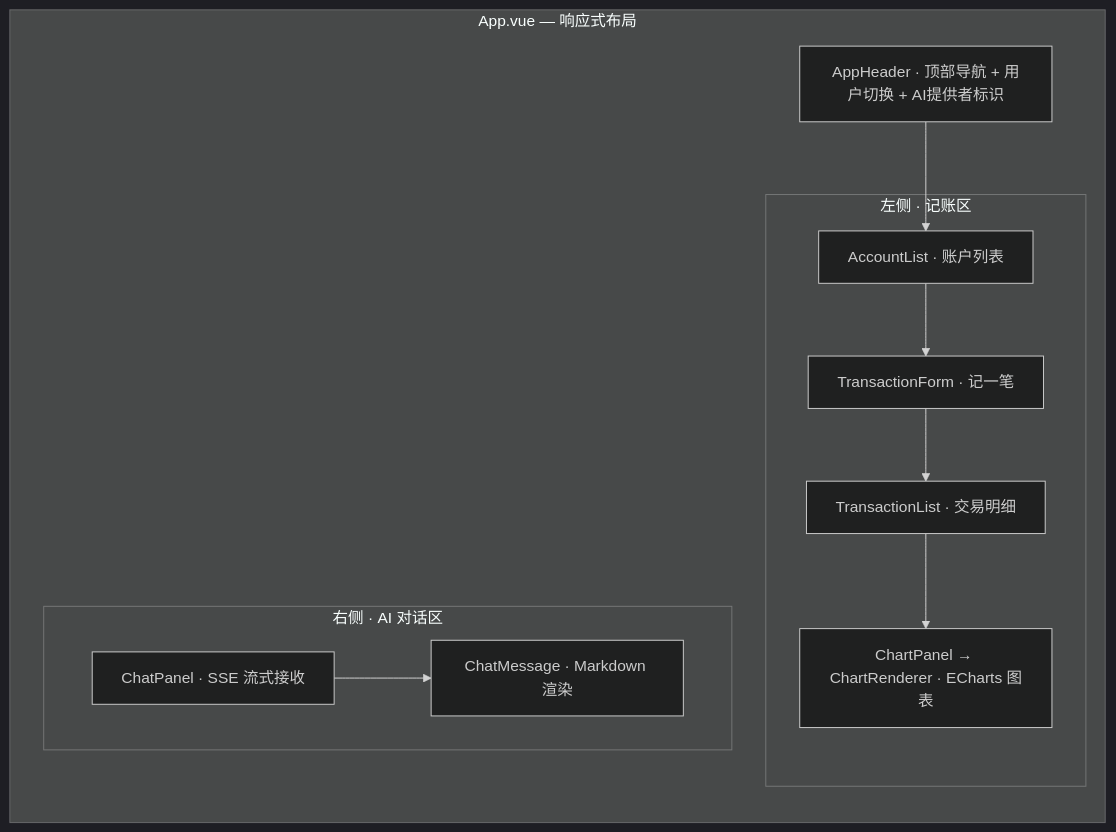
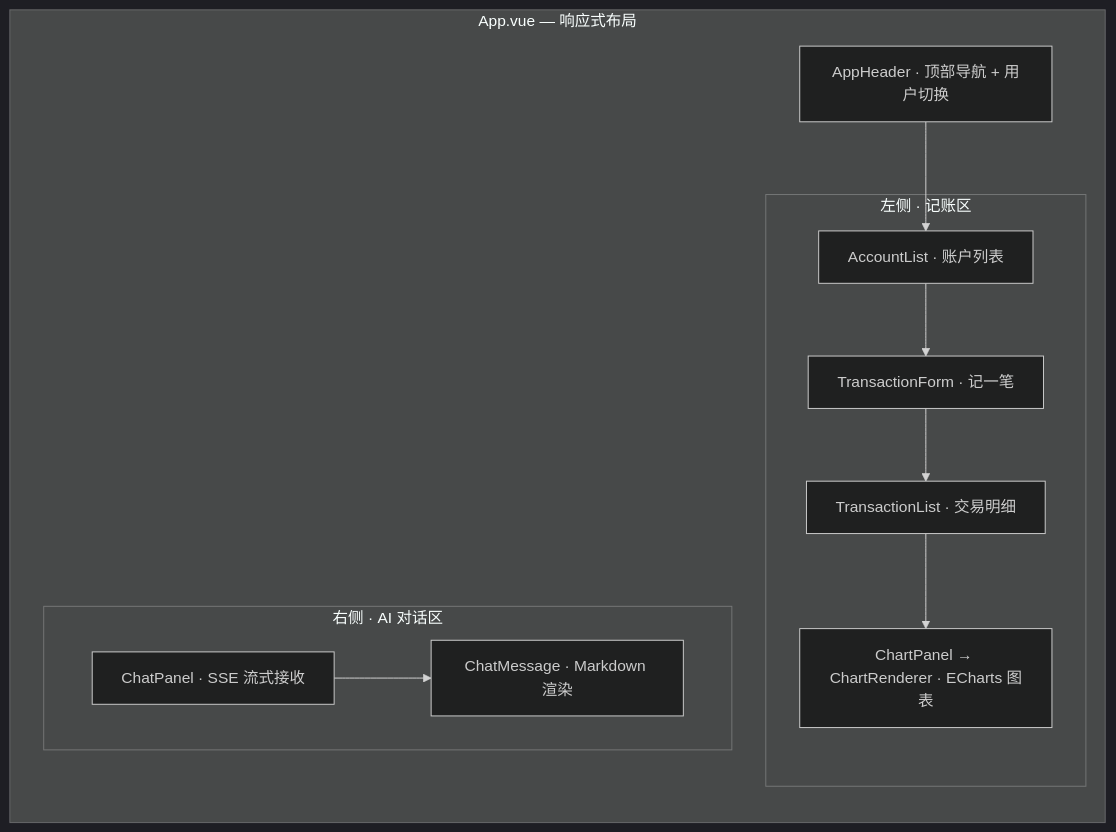
Before and after one commit to reallyhwc/test-learn-agent: the fifth of 6 diagrams in README.md, drawn with Mermaid (dark theme). The commit also changed other lines of this file and 23 other files, not shown here.

````diff
--- a/README.md
+++ b/README.md
@@ -232,25 +201,25 @@
 ```mermaid
 graph TB
     subgraph "App.vue — 响应式布局"
         direction TB
-        HEADER["AppHeader · 顶部导航 + 用户切换 + AI提供者标识"]
-
+        HEADER["AppHeader · 顶部导航 + 用户切换"]
+        
         subgraph "左侧 · 记账区"
             ACC["AccountList · 账户列表"]
             FORM["TransactionForm · 记一笔"]
             LIST["TransactionList · 交易明细"]
             CHART["ChartPanel → ChartRenderer · ECharts 图表"]
         end
-
+        
         subgraph "右侧 · AI 对话区"
             CHAT["ChatPanel · SSE 流式接收"]
             MSG["ChatMessage · Markdown 渲染"]
         end
     end
-
+    
     HEADER --> ACC
     ACC --> FORM
     FORM --> LIST
     LIST --> CHART
     CHAT --> MSG
 ```
````
